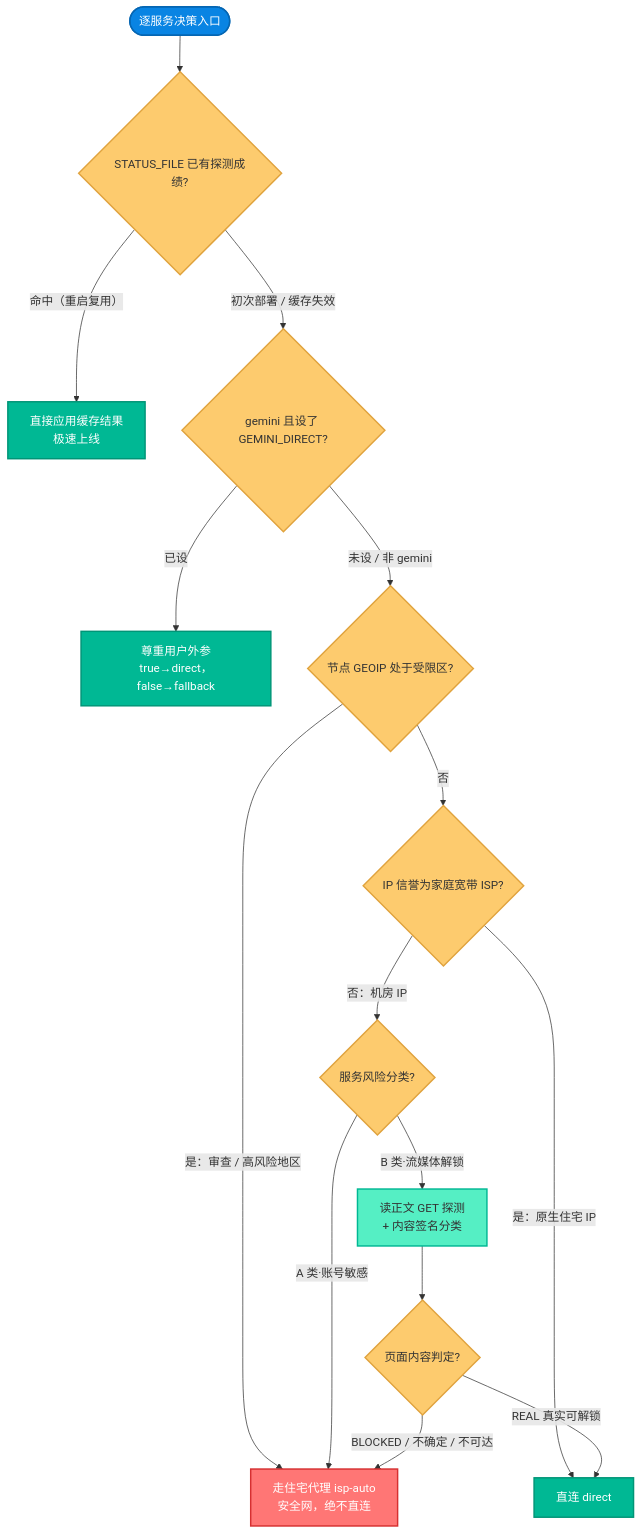
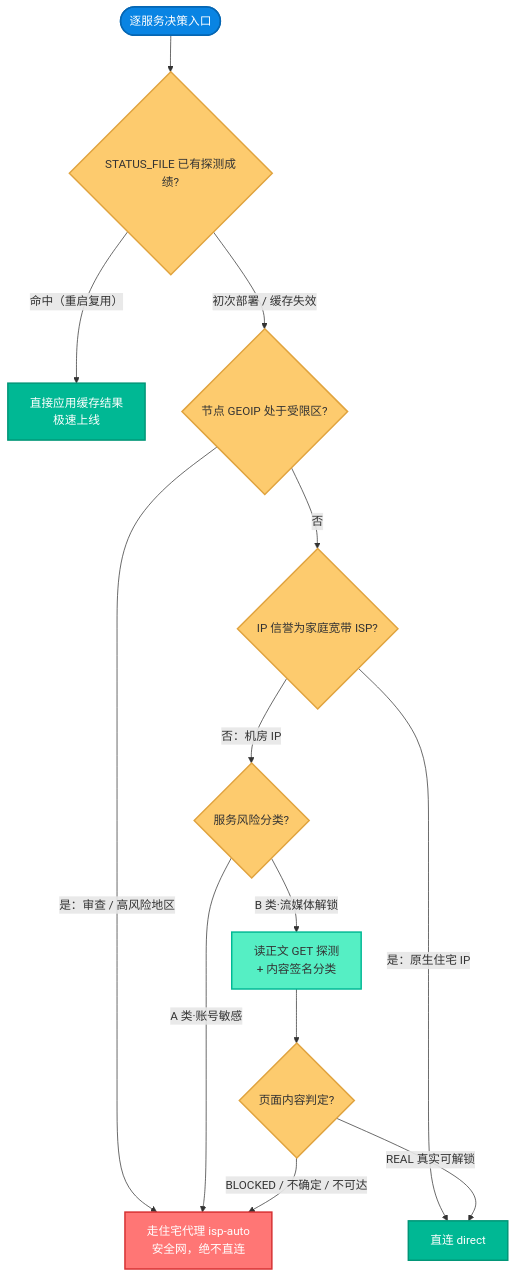
One commit to currycan/sb-xray changed the eighth of 12 diagrams in docs/01-architecture-and-traffic.md. Above: the diagram before and after it, drawn with Mermaid. The commit also changed 8 other files, not shown here.

First line of the commit message:
chore: remove GEMINI_DIRECT routing override (#89)

````diff
--- a/docs/01-architecture-and-traffic.md
+++ b/docs/01-architecture-and-traffic.md
@@ -491,33 +491,30 @@
 ```mermaid
 flowchart TD
     Start(["逐服务决策入口"]) --> Cache{"STATUS_FILE 已有探测成绩?"}
     Cache -- "命中（重启复用）" --> ActCache["直接应用缓存结果<br/>极速上线"]
-    Cache -- "初次部署 / 缓存失效" --> L0{"gemini 且设了 GEMINI_DIRECT?"}
-
-    L0 -- "已设" --> ActOverride["尊重用户外参<br/>true→direct，false→fallback"]
-    L0 -- "未设 / 非 gemini" --> L1{"节点 GEOIP 处于受限区?"}
+    Cache -- "初次部署 / 缓存失效" --> L1{"节点 GEOIP 处于受限区?"}
 
     L1 -- "是：审查 / 高风险地区" --> Fallback["走住宅代理 isp-auto<br/>安全网，绝不直连"]
     L1 -- "否" --> L2{"IP 信誉为家庭宽带 ISP?"}
 
     L2 -- "是：原生住宅 IP" --> Direct["直连 direct"]
     L2 -- "否：机房 IP" --> Class{"服务风险分类?"}
 
     Class -- "A 类·账号敏感" --> Fallback
     Class -- "B 类·流媒体解锁" --> Probe["读正文 GET 探测<br/>+ 内容签名分类"]
 
     Probe --> Verdict{"页面内容判定?"}
     Verdict -- "REAL 真实可解锁" --> Direct
     Verdict -- "BLOCKED / 不确定 / 不可达" --> Fallback
 
     class Start entry
-    class Cache,L0,L1,L2,Class,Verdict decision
-    class ActCache,Direct,ActOverride process
+    class Cache,L1,L2,Class,Verdict decision
+    class ActCache,Direct process
     class Fallback block
     class Probe sing
     classDef entry    fill:#0984e3,stroke:#0566b3,stroke-width:2px,color:#fff
     classDef process  fill:#00b894,stroke:#009577,stroke-width:2px,color:#fff
     classDef decision fill:#fdcb6e,stroke:#e0a33e,stroke-width:2px,color:#333
     classDef block    fill:#ff7675,stroke:#d63031,stroke-width:2px,color:#fff
     classDef sing     fill:#55efc4,stroke:#00b894,stroke-width:2px,color:#333
 ```
````
